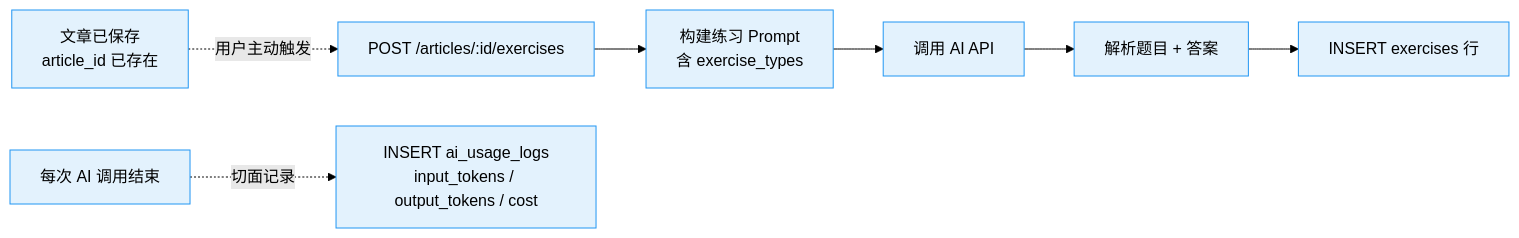
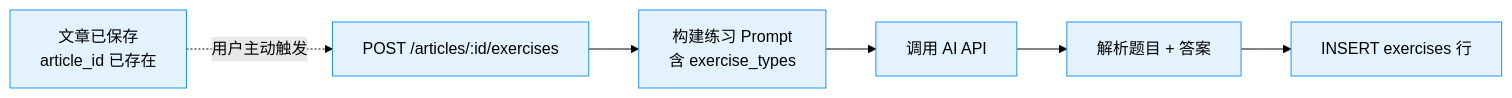
One commit to 52xiaohui/LexiForge changed the second of 2 diagrams in docs/core/ai-workflow.md. Above: the diagram before and after it, drawn with Mermaid (forest theme). The commit also changed other lines of this file and 12 other files, not shown here.

````diff
--- a/docs/core/ai-workflow.md
+++ b/docs/core/ai-workflow.md
@@ -42,13 +44,11 @@
 ```mermaid
 flowchart LR
     A[文章已保存<br/>article_id 已存在] -.用户主动触发.-> B[POST /articles/:id/exercises]
     B --> C[构建练习 Prompt<br/>含 exercise_types]
     C --> D[调用 AI API]
     D --> E[解析题目 + 答案]
     E --> F[INSERT exercises 行]
 
-    G[每次 AI 调用结束] -.切面记录.-> H[INSERT ai_usage_logs<br/>input_tokens / output_tokens / cost]
-
     classDef v1 fill:#e3f2fd,stroke:#2196f3
-    class A,B,C,D,E,F,G,H v1
+    class A,B,C,D,E,F v1
 ```
````
